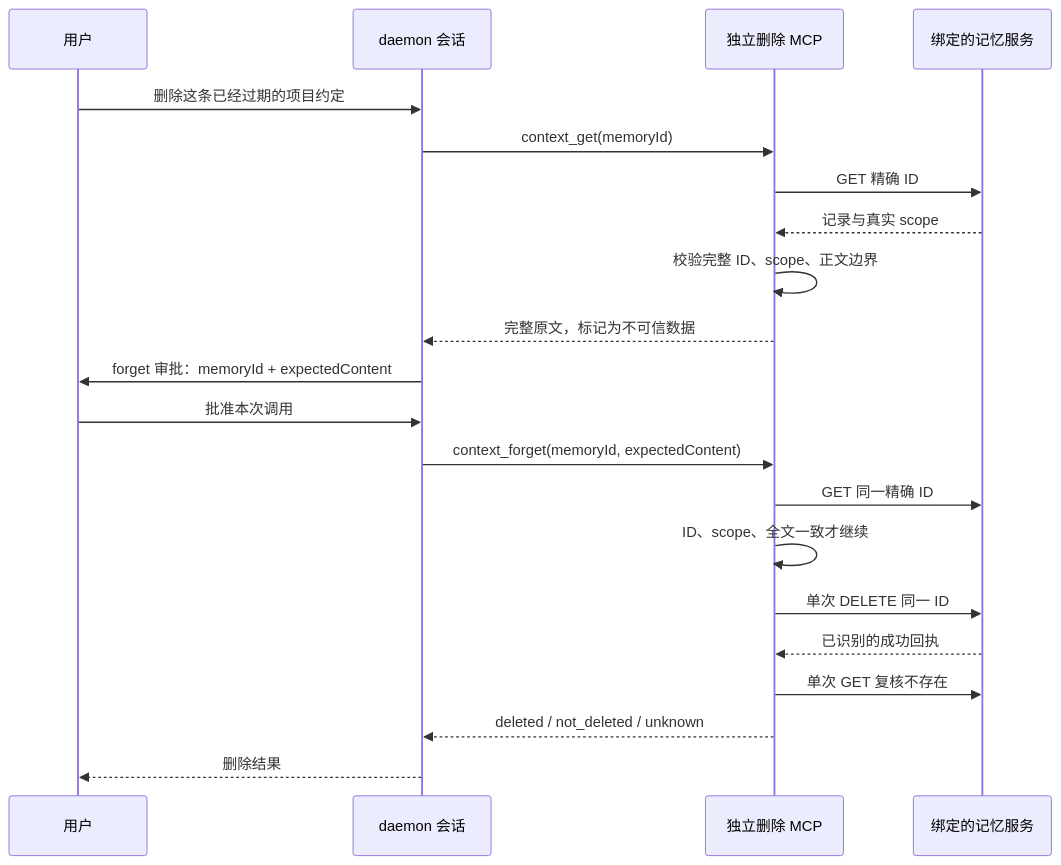
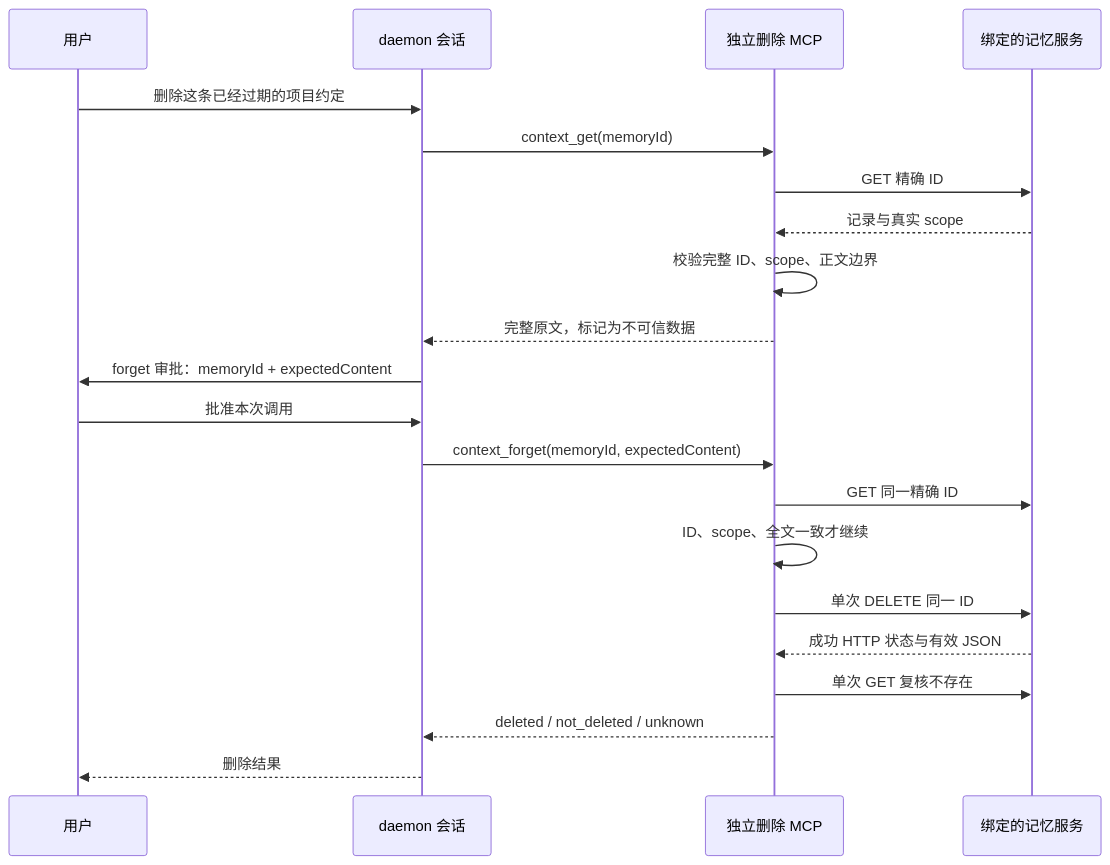
One commit to QwenLM/qwen-code changed the diagram in docs/design/external-context-mem0-explicit-delete.md. Above: the diagram before and after it, drawn with Mermaid. The commit also changed other lines of this file and 3 other files, not shown here.

````diff
--- a/docs/design/external-context-mem0-explicit-delete.md
+++ b/docs/design/external-context-mem0-explicit-delete.md
@@ -31,23 +31,23 @@
 ```mermaid
 sequenceDiagram
     participant U as 用户
     participant A as daemon 会话
     participant D as 独立删除 MCP
     participant S as 绑定的记忆服务
     U->>A: 删除这条已经过期的项目约定
     A->>D: context_get(memoryId)
     D->>S: GET 精确 ID
     S-->>D: 记录与真实 scope
     D->>D: 校验完整 ID、scope、正文边界
     D-->>A: 完整原文，标记为不可信数据
     A->>U: forget 审批：memoryId + expectedContent
     U->>A: 批准本次调用
     A->>D: context_forget(memoryId, expectedContent)
     D->>S: GET 同一精确 ID
     D->>D: ID、scope、全文一致才继续
     D->>S: 单次 DELETE 同一 ID
-    S-->>D: 已识别的成功回执
+    S-->>D: 成功 HTTP 状态与有效 JSON
     D->>S: 单次 GET 复核不存在
     D-->>A: deleted / not_deleted / unknown
     A-->>U: 删除结果
 ```
````
